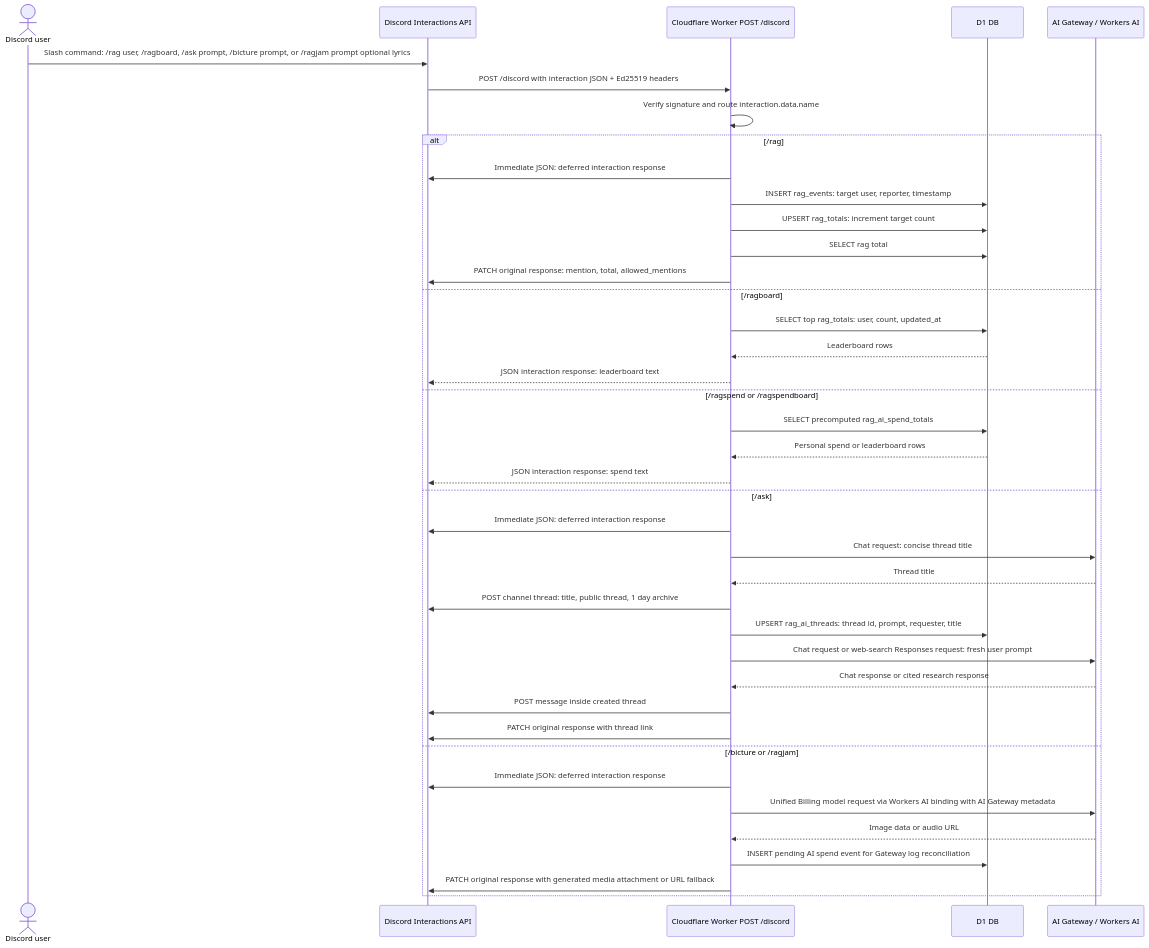
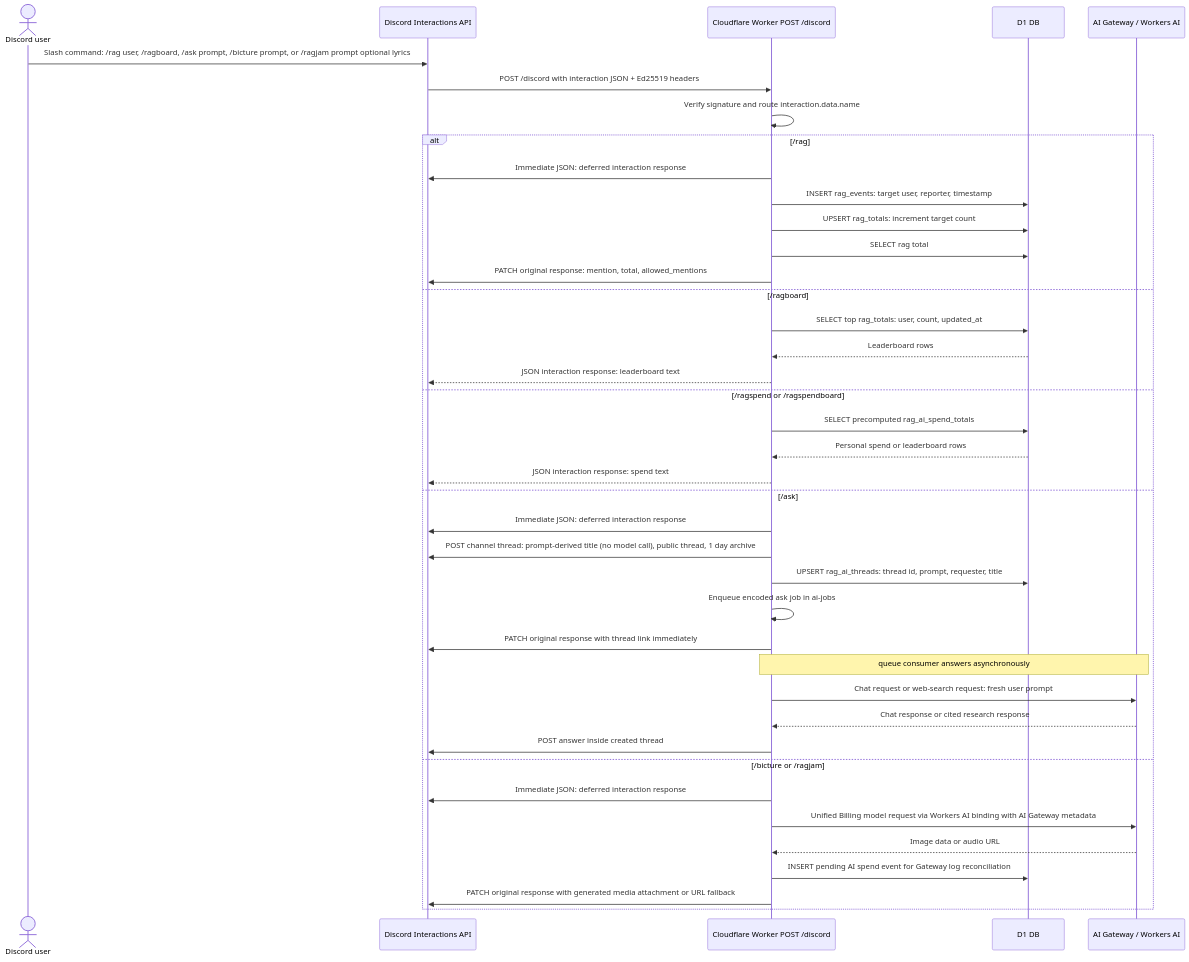
One commit to jackm43/rag changed the second of 3 diagrams in README.md. Above: the diagram before and after it, drawn with Mermaid. The commit also changed other lines of this file and 11 other files, not shown here.

First line of the commit message:
Move /ask onto the AI jobs queue

````diff
--- a/README.md
+++ b/README.md
@@ -56,44 +56,44 @@
 ```mermaid
 sequenceDiagram
   actor User as Discord user
   participant Discord as Discord Interactions API
   participant Worker as Cloudflare Worker POST /discord
   participant DB as D1 DB
   participant AI as AI Gateway / Workers AI
 
   User->>Discord: Slash command: /rag user, /ragboard, /ask prompt, /bicture prompt, or /ragjam prompt optional lyrics
   Discord->>Worker: POST /discord with interaction JSON + Ed25519 headers
   Worker->>Worker: Verify signature and route interaction.data.name
 
   alt /rag
     Worker->>Discord: Immediate JSON: deferred interaction response
     Worker->>DB: INSERT rag_events: target user, reporter, timestamp
     Worker->>DB: UPSERT rag_totals: increment target count
     Worker->>DB: SELECT rag total
     Worker->>Discord: PATCH original response: mention, total, allowed_mentions
   else /ragboard
     Worker->>DB: SELECT top rag_totals: user, count, updated_at
     DB-->>Worker: Leaderboard rows
     Worker-->>Discord: JSON interaction response: leaderboard text
   else /ragspend or /ragspendboard
     Worker->>DB: SELECT precomputed rag_ai_spend_totals
     DB-->>Worker: Personal spend or leaderboard rows
     Worker-->>Discord: JSON interaction response: spend text
   else /ask
     Worker->>Discord: Immediate JSON: deferred interaction response
-    Worker->>AI: Chat request: concise thread title
-    AI-->>Worker: Thread title
-    Worker->>Discord: POST channel thread: title, public thread, 1 day archive
+    Worker->>Discord: POST channel thread: prompt-derived title (no model call), public thread, 1 day archive
     Worker->>DB: UPSERT rag_ai_threads: thread id, prompt, requester, title
-    Worker->>AI: Chat request or web-search Responses request: fresh user prompt
+    Worker->>Worker: Enqueue encoded ask job in ai-jobs
+    Worker->>Discord: PATCH original response with thread link immediately
+    Note over Worker,AI: queue consumer answers asynchronously
+    Worker->>AI: Chat request or web-search request: fresh user prompt
     AI-->>Worker: Chat response or cited research response
-    Worker->>Discord: POST message inside created thread
-    Worker->>Discord: PATCH original response with thread link
+    Worker->>Discord: POST answer inside created thread
   else /bicture or /ragjam
     Worker->>Discord: Immediate JSON: deferred interaction response
     Worker->>AI: Unified Billing model request via Workers AI binding with AI Gateway metadata
     AI-->>Worker: Image data or audio URL
     Worker->>DB: INSERT pending AI spend event for Gateway log reconciliation
     Worker->>Discord: PATCH original response with generated media attachment or URL fallback
   end
 ```
````
